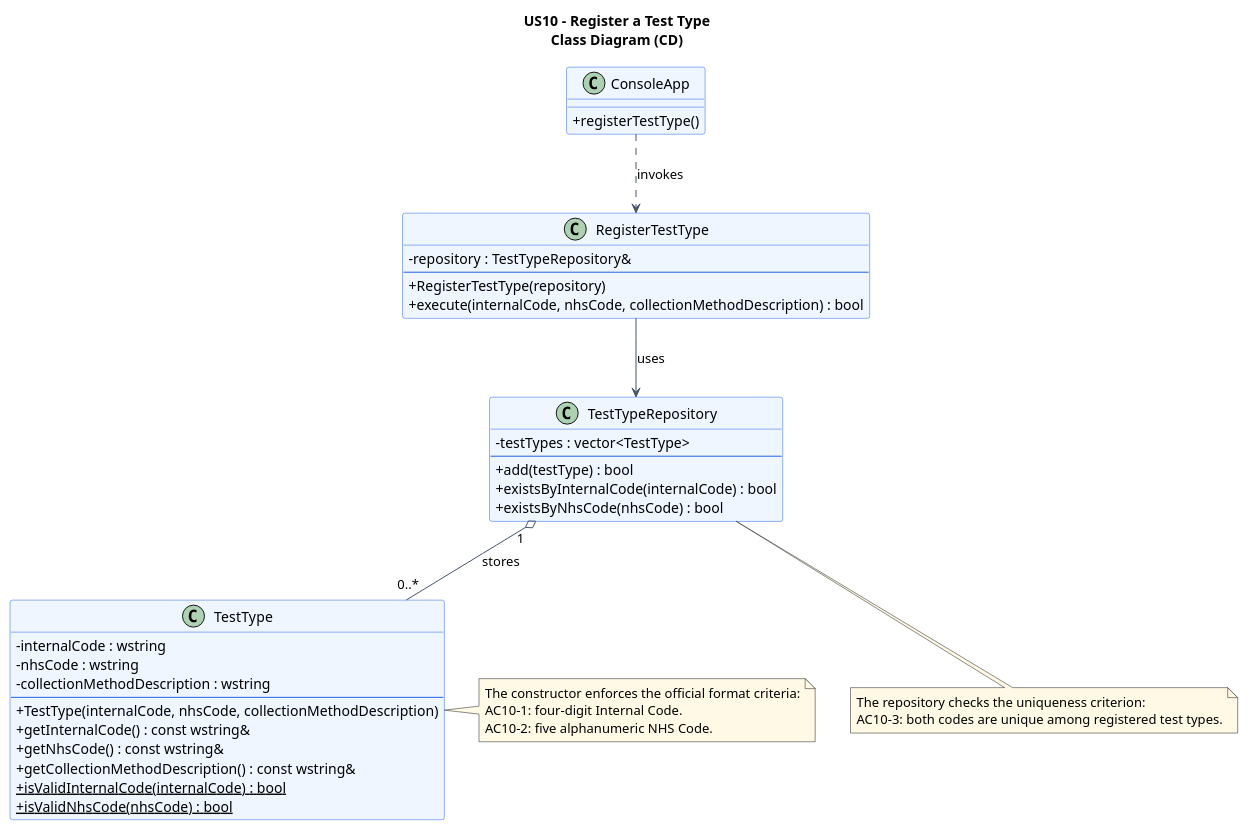
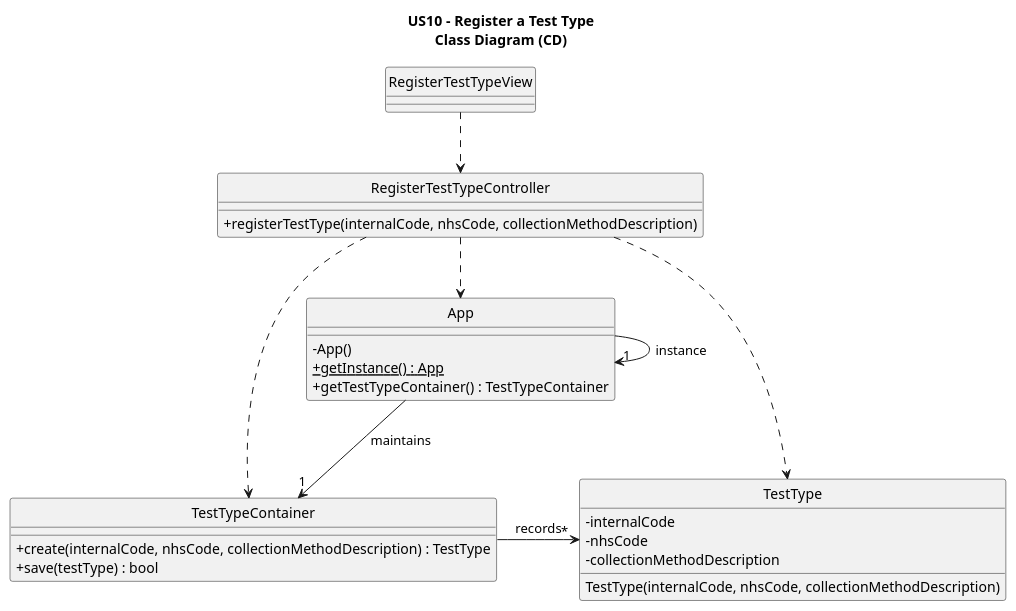
The diagram in docs/system-documentation/US10/puml/US10-CD.puml (jmaia574/leti-esoft-26-27-B6), drawn with PlantUML before and after one commit. The commit also changed 23 other files, not shown here.

```diff
--- a/docs/system-documentation/US10/puml/US10-CD.puml
+++ b/docs/system-documentation/US10/puml/US10-CD.puml
@@ -1,59 +1,41 @@
 @startuml
 title US10 - Register a Test Type\nClass Diagram (CD)
 
-skinparam backgroundColor #FFFFFF
-skinparam shadowing false
+hide circle
 skinparam classAttributeIconSize 0
-skinparam classBorderColor #2563EB
-skinparam classBackgroundColor #EFF6FF
-skinparam ArrowColor #475569
-skinparam NoteBackgroundColor #FFF9E6
 
-class ConsoleApp {
-    +registerTestType()
+class RegisterTestTypeView {
 }
 
-class RegisterTestType {
-    -repository : TestTypeRepository&
-    --
-    +RegisterTestType(repository)
-    +execute(internalCode, nhsCode, collectionMethodDescription) : bool
+class RegisterTestTypeController {
+    +registerTestType(internalCode, nhsCode, collectionMethodDescription)
 }
 
-class TestTypeRepository {
-    -testTypes : vector<TestType>
-    --
-    +add(testType) : bool
-    +existsByInternalCode(internalCode) : bool
-    +existsByNhsCode(nhsCode) : bool
+class App {
+    - App()
+    +{static} getInstance() : App
+    +getTestTypeContainer() : TestTypeContainer
+}
+
+class TestTypeContainer {
+    +create(internalCode, nhsCode, collectionMethodDescription) : TestType
+    +save(testType) : bool
 }
 
 class TestType {
-    -internalCode : wstring
-    -nhsCode : wstring
-    -collectionMethodDescription : wstring
-    --
-    +TestType(internalCode, nhsCode, collectionMethodDescription)
-    +getInternalCode() : const wstring&
-    +getNhsCode() : const wstring&
-    +getCollectionMethodDescription() : const wstring&
-    +{static} isValidInternalCode(internalCode) : bool
-    +{static} isValidNhsCode(nhsCode) : bool
+    -internalCode
+    -nhsCode
+    -collectionMethodDescription
+    TestType(internalCode, nhsCode, collectionMethodDescription)
 }
 
-ConsoleApp ..> RegisterTestType : invokes
-RegisterTestType --> TestTypeRepository : uses
-TestTypeRepository "1" o-- "0..*" TestType : stores
+RegisterTestTypeView ..> RegisterTestTypeController
+RegisterTestTypeController ..> App
+RegisterTestTypeController .> TestTypeContainer
+RegisterTestTypeController .> TestType
 
-note right of TestType
-The constructor enforces the official format criteria:
-AC10-1: four-digit Internal Code.
-AC10-2: five alphanumeric NHS Code.
-end note
-
-note bottom of TestTypeRepository
-The repository checks the uniqueness criterion:
-AC10-3: both codes are unique among registered test types.
-end note
+App -> "1" App : instance
+App --> "1" TestTypeContainer : maintains
+TestTypeContainer -> "  * " TestType : records
 
 @enduml
```
